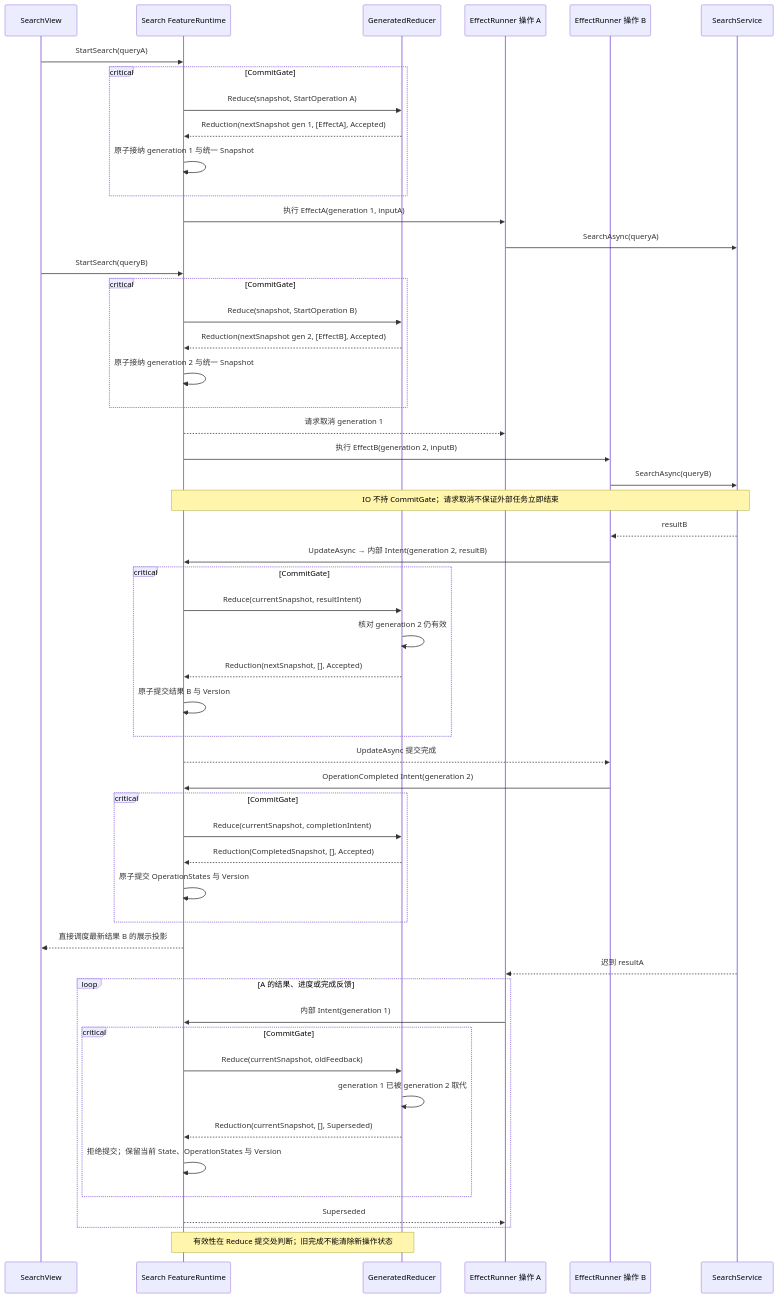
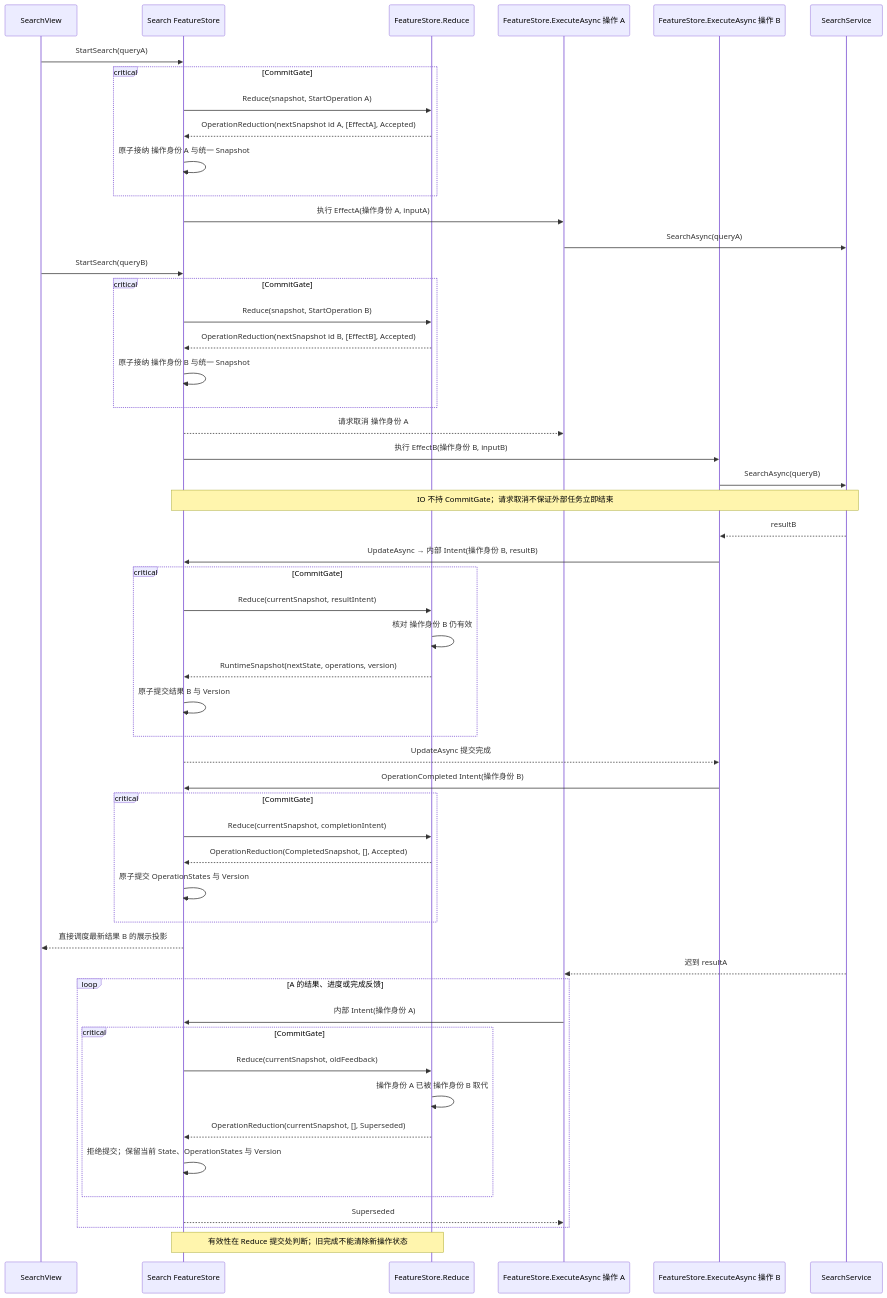
The diagram in docs/mvi-next/diagrams/latest-sequence.mmd (MiKiNuo/MVI), drawn with Mermaid before and after one commit. The commit also changed 329 other files, not shown here.

```diff
--- a/docs/mvi-next/diagrams/latest-sequence.mmd
+++ b/docs/mvi-next/diagrams/latest-sequence.mmd
@@ -1,57 +1,57 @@
 sequenceDiagram
     participant View as SearchView
-    participant Runtime as Search FeatureRuntime
-    participant Reducer as GeneratedReducer
-    participant RunnerA as EffectRunner 操作 A
-    participant RunnerB as EffectRunner 操作 B
+    participant Runtime as Search FeatureStore
+    participant Reducer as FeatureStore.Reduce
+    participant RunnerA as FeatureStore.ExecuteAsync 操作 A
+    participant RunnerB as FeatureStore.ExecuteAsync 操作 B
     participant Service as SearchService
 
     View->>Runtime: StartSearch(queryA)
     critical CommitGate
         Runtime->>Reducer: Reduce(snapshot, StartOperation A)
-        Reducer-->>Runtime: Reduction(nextSnapshot gen 1, [EffectA], Accepted)
-        Runtime->>Runtime: 原子接纳 generation 1 与统一 Snapshot
+        Reducer-->>Runtime: OperationReduction(nextSnapshot id A, [EffectA], Accepted)
+        Runtime->>Runtime: 原子接纳 操作身份 A 与统一 Snapshot
     end
-    Runtime->>RunnerA: 执行 EffectA(generation 1, inputA)
+    Runtime->>RunnerA: 执行 EffectA(操作身份 A, inputA)
     RunnerA->>Service: SearchAsync(queryA)
 
     View->>Runtime: StartSearch(queryB)
     critical CommitGate
         Runtime->>Reducer: Reduce(snapshot, StartOperation B)
-        Reducer-->>Runtime: Reduction(nextSnapshot gen 2, [EffectB], Accepted)
-        Runtime->>Runtime: 原子接纳 generation 2 与统一 Snapshot
+        Reducer-->>Runtime: OperationReduction(nextSnapshot id B, [EffectB], Accepted)
+        Runtime->>Runtime: 原子接纳 操作身份 B 与统一 Snapshot
     end
-    Runtime-->>RunnerA: 请求取消 generation 1
-    Runtime->>RunnerB: 执行 EffectB(generation 2, inputB)
+    Runtime-->>RunnerA: 请求取消 操作身份 A
+    Runtime->>RunnerB: 执行 EffectB(操作身份 B, inputB)
     RunnerB->>Service: SearchAsync(queryB)
     Note over Runtime,Service: IO 不持 CommitGate；请求取消不保证外部任务立即结束
 
     Service-->>RunnerB: resultB
-    RunnerB->>Runtime: UpdateAsync → 内部 Intent(generation 2, resultB)
+    RunnerB->>Runtime: UpdateAsync → 内部 Intent(操作身份 B, resultB)
     critical CommitGate
         Runtime->>Reducer: Reduce(currentSnapshot, resultIntent)
-        Reducer->>Reducer: 核对 generation 2 仍有效
-        Reducer-->>Runtime: Reduction(nextSnapshot, [], Accepted)
+        Reducer->>Reducer: 核对 操作身份 B 仍有效
+        Reducer-->>Runtime: RuntimeSnapshot(nextState, operations, version)
         Runtime->>Runtime: 原子提交结果 B 与 Version
     end
     Runtime-->>RunnerB: UpdateAsync 提交完成
-    RunnerB->>Runtime: OperationCompleted Intent(generation 2)
+    RunnerB->>Runtime: OperationCompleted Intent(操作身份 B)
     critical CommitGate
         Runtime->>Reducer: Reduce(currentSnapshot, completionIntent)
-        Reducer-->>Runtime: Reduction(CompletedSnapshot, [], Accepted)
+        Reducer-->>Runtime: OperationReduction(CompletedSnapshot, [], Accepted)
         Runtime->>Runtime: 原子提交 OperationStates 与 Version
     end
     Runtime-->>View: 直接调度最新结果 B 的展示投影
 
     Service-->>RunnerA: 迟到 resultA
     loop A 的结果、进度或完成反馈
-        RunnerA->>Runtime: 内部 Intent(generation 1)
+        RunnerA->>Runtime: 内部 Intent(操作身份 A)
         critical CommitGate
             Runtime->>Reducer: Reduce(currentSnapshot, oldFeedback)
-            Reducer->>Reducer: generation 1 已被 generation 2 取代
-            Reducer-->>Runtime: Reduction(currentSnapshot, [], Superseded)
+            Reducer->>Reducer: 操作身份 A 已被 操作身份 B 取代
+            Reducer-->>Runtime: OperationReduction(currentSnapshot, [], Superseded)
             Runtime->>Runtime: 拒绝提交；保留当前 State、OperationStates 与 Version
         end
         Runtime-->>RunnerA: Superseded
     end
     Note over Runtime,Reducer: 有效性在 Reduce 提交处判断；旧完成不能清除新操作状态
```
